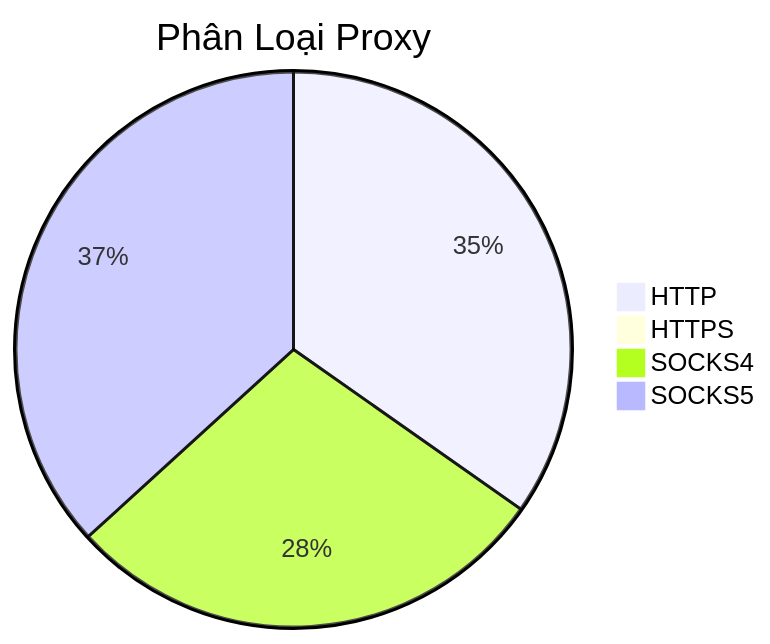
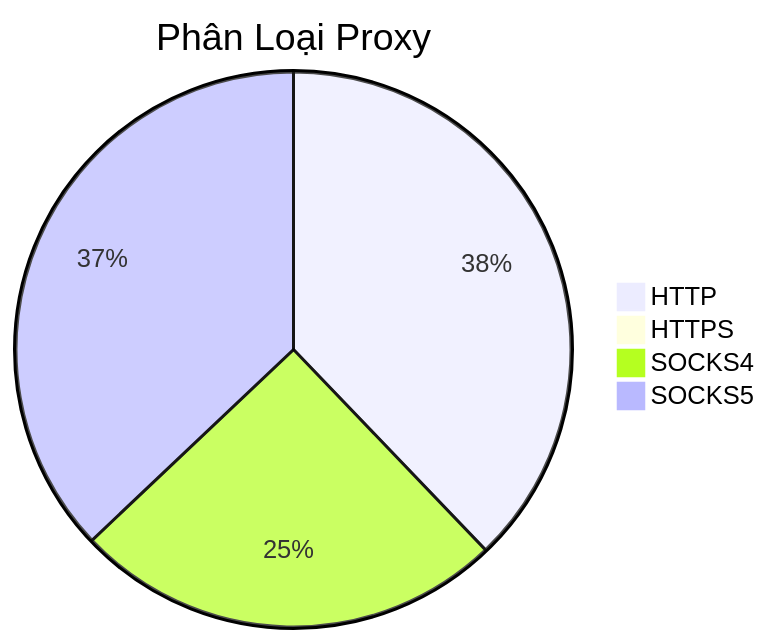
Before and after one commit to Ciara-Aa/PROXY-free: the diagram in README.md, drawn with Mermaid. The commit also changed other lines of this file and 4 other files, not shown here.

````diff
--- a/README.md
+++ b/README.md
@@ -26,7 +26,7 @@
 ```mermaid
 pie title Phân Loại Proxy
-    "HTTP" : 361
+    "HTTP" : 490
     "HTTPS" : 3
-    "SOCKS4" : 296
-    "SOCKS5" : 382
+    "SOCKS4" : 325
+    "SOCKS5" : 480
 ```
````
